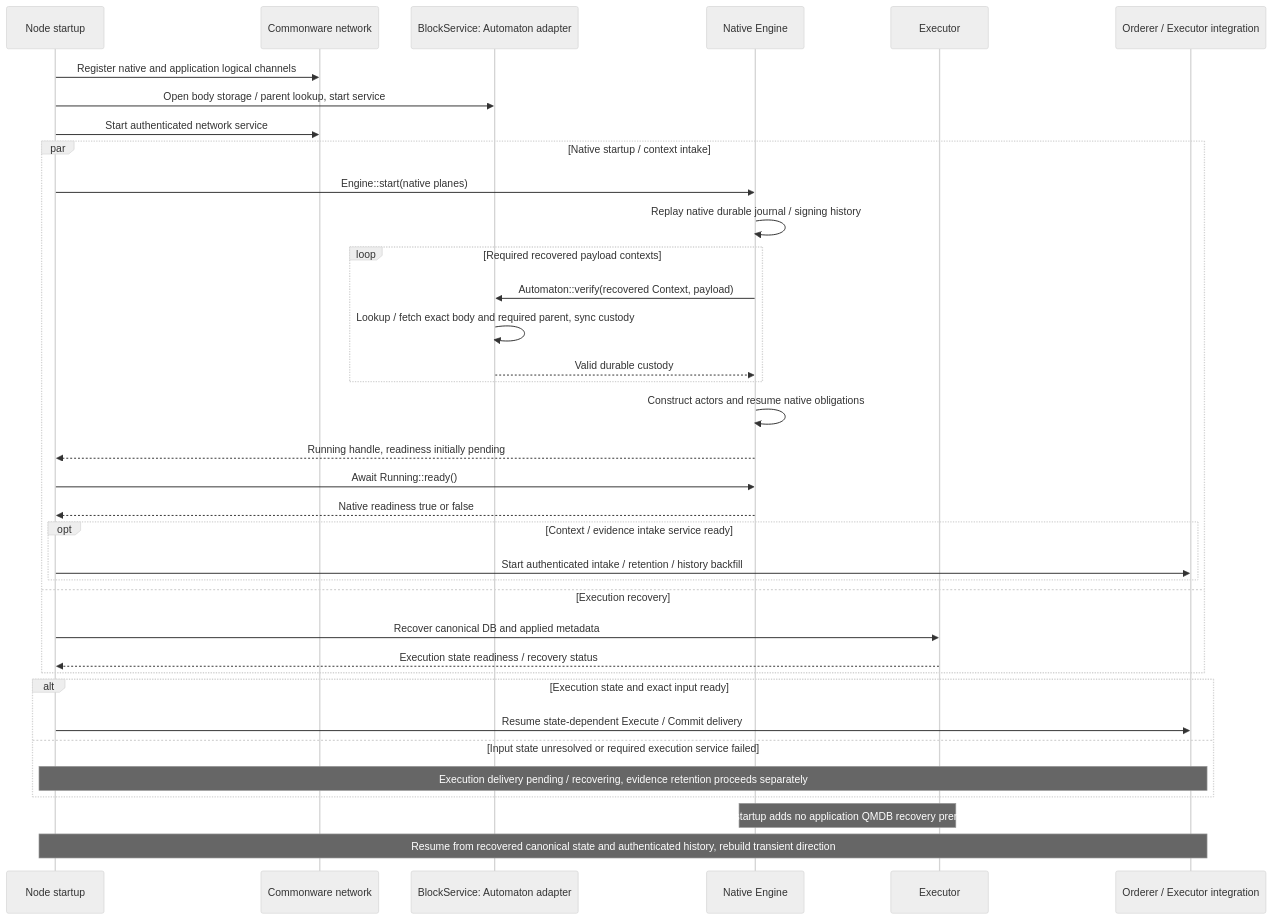
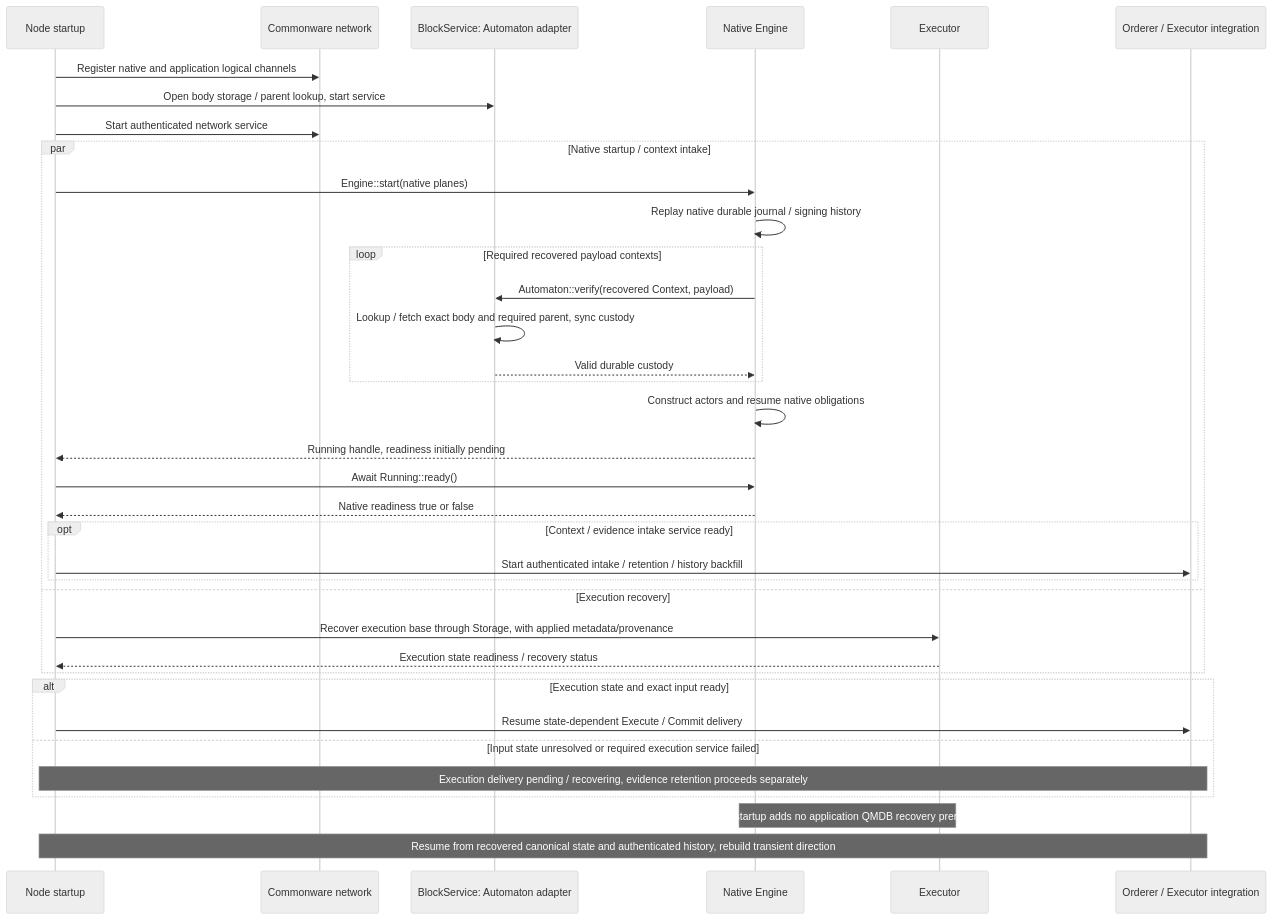
Before and after one commit to djm07073/baton-research: the first of 2 diagrams in docs/e2e/recovery.md, drawn with Mermaid (neutral theme). The commit also changed other lines of this file and 405 other files, not shown here.

Commit message:
Document real-chain Commonware reuse and execution storage boundaries

````diff
--- a/docs/e2e/recovery.md
+++ b/docs/e2e/recovery.md
@@ -7,38 +7,38 @@
 ```mermaid
 sequenceDiagram
     participant S as Node startup
     participant W as Commonware network
     participant A as BlockService: Automaton adapter
     participant N as Native Engine
     participant E as Executor
     participant B as Orderer / Executor integration
     S->>W: Register native and application logical channels
     S->>A: Open body storage / parent lookup, start service
     S->>W: Start authenticated network service
     par Native startup / context intake
         S->>N: Engine::start(native planes)
         N->>N: Replay native durable journal / signing history
         loop Required recovered payload contexts
             N->>A: Automaton::verify(recovered Context, payload)
             A->>A: Lookup / fetch exact body and required parent, sync custody
             A-->>N: Valid durable custody
         end
         N->>N: Construct actors and resume native obligations
         N-->>S: Running handle, readiness initially pending
         S->>N: Await Running::ready()
         N-->>S: Native readiness true or false
         opt Context / evidence intake service ready
             S->>B: Start authenticated intake / retention / history backfill
         end
     and Execution recovery
-        S->>E: Recover canonical DB and applied metadata
+        S->>E: Recover execution base through Storage, with applied metadata/provenance
         E-->>S: Execution state readiness / recovery status
     end
     alt Execution state and exact input ready
         S->>B: Resume state-dependent Execute / Commit delivery
     else Input state unresolved or required execution service failed
         Note over S,B: Execution delivery pending / recovering, evidence retention proceeds separately
     end
     Note over N,E: Native startup adds no application QMDB recovery prerequisite
     Note over S,B: Resume from recovered canonical state and authenticated history, rebuild transient direction
 ```
````
